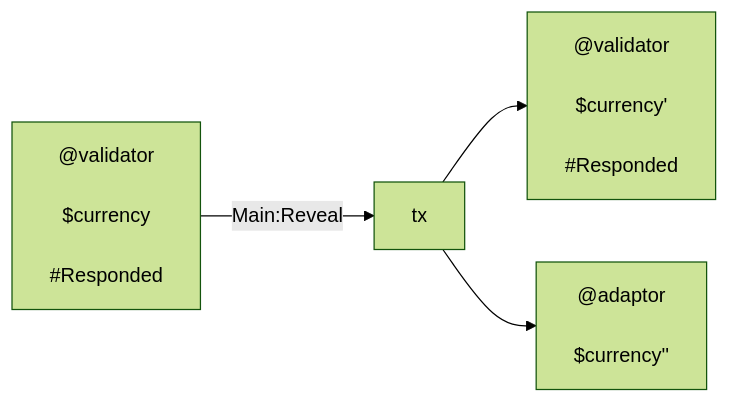
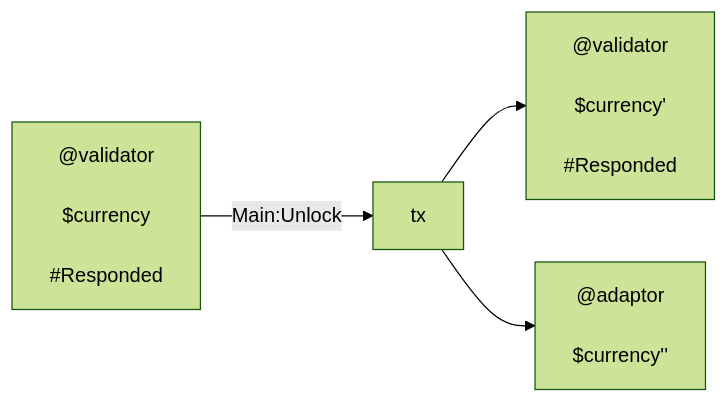
Before and after one commit to cardano-lightning/konduit: the seventh of 12 diagrams in docs/design/requirements/31_kernel.md, drawn with Mermaid (forest theme). The commit also changed other lines of this file, not shown here.

````diff
--- a/docs/design/requirements/31_kernel.md
+++ b/docs/design/requirements/31_kernel.md
@@ -793,24 +817,24 @@
 ```mermaid
 flowchart LR
     i_channel["
       @validator \n
       $currency \n
       #Responded
     "]
 
     m["tx"]
 
     o_channel["
       @validator \n
       $currency' \n
       #Responded
     "]
 
     o_adaptor["
       @adaptor \n
       $currency'' \n
     "]
 
-    i_channel -->|Main:Reveal| m --> o_channel
+    i_channel -->|Main:Unlock| m --> o_channel
     m --> o_adaptor
 ```
````
